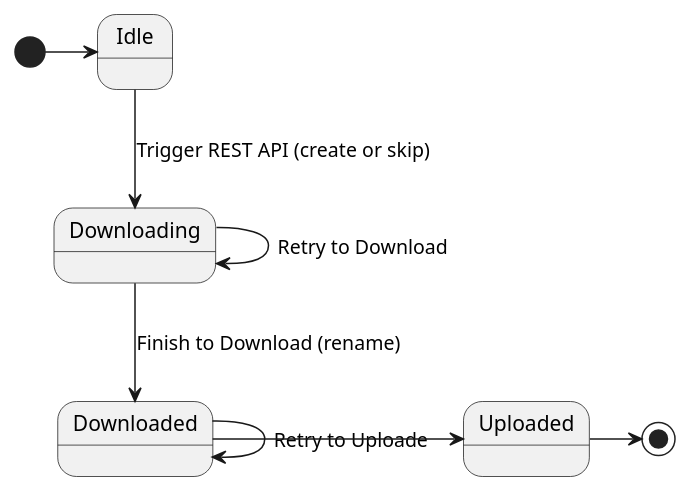
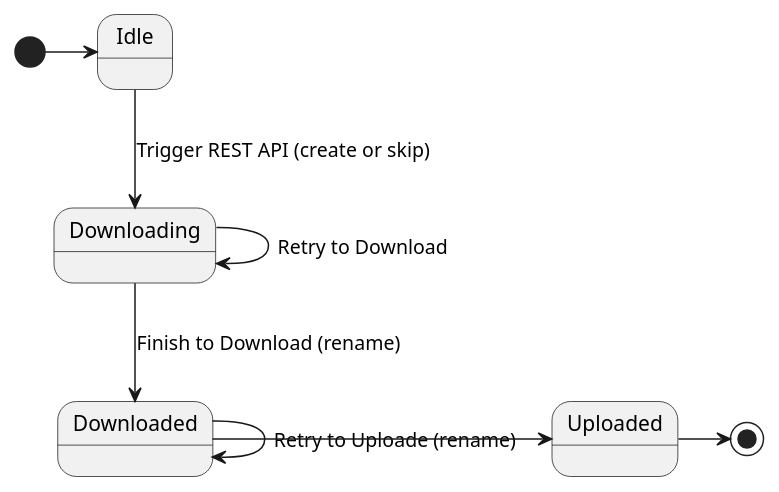
The diagram in _diary/2024-06-21.md (yanghoon/obsidian-workspace), drawn with PlantUML before and after one commit.

Commit message:
vault backup: 2024-06-23 20:07:33

````diff
--- a/_diary/2024-06-21.md
+++ b/_diary/2024-06-21.md
@@ -52,16 +52,16 @@
 ```plantuml
 @startuml
 
 [*] -> Idle
 Idle --> Downloading : Trigger REST API (create or skip)
 
 ' Downloading : Create file with suffix "downloading"
 Downloading --> Downloading : Retry to Download
 Downloading --> Downloaded : Finish to Download (rename)
 
-Downloaded --> Downloaded : Retry to Uploade
+Downloaded --> Downloaded : Retry to Uploade (rename)
 Downloaded -> Uploaded
-Uploaded ->[*] 
+Uploaded -> [*] 
 
 @enduml
 ```
````
